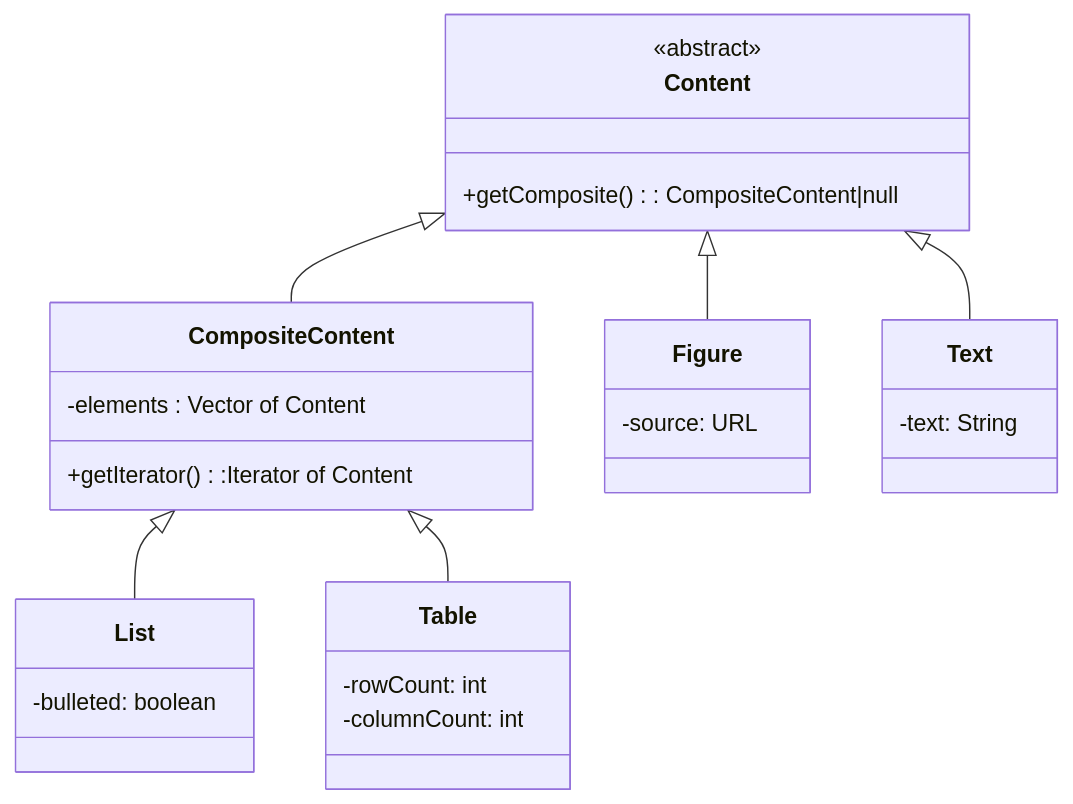
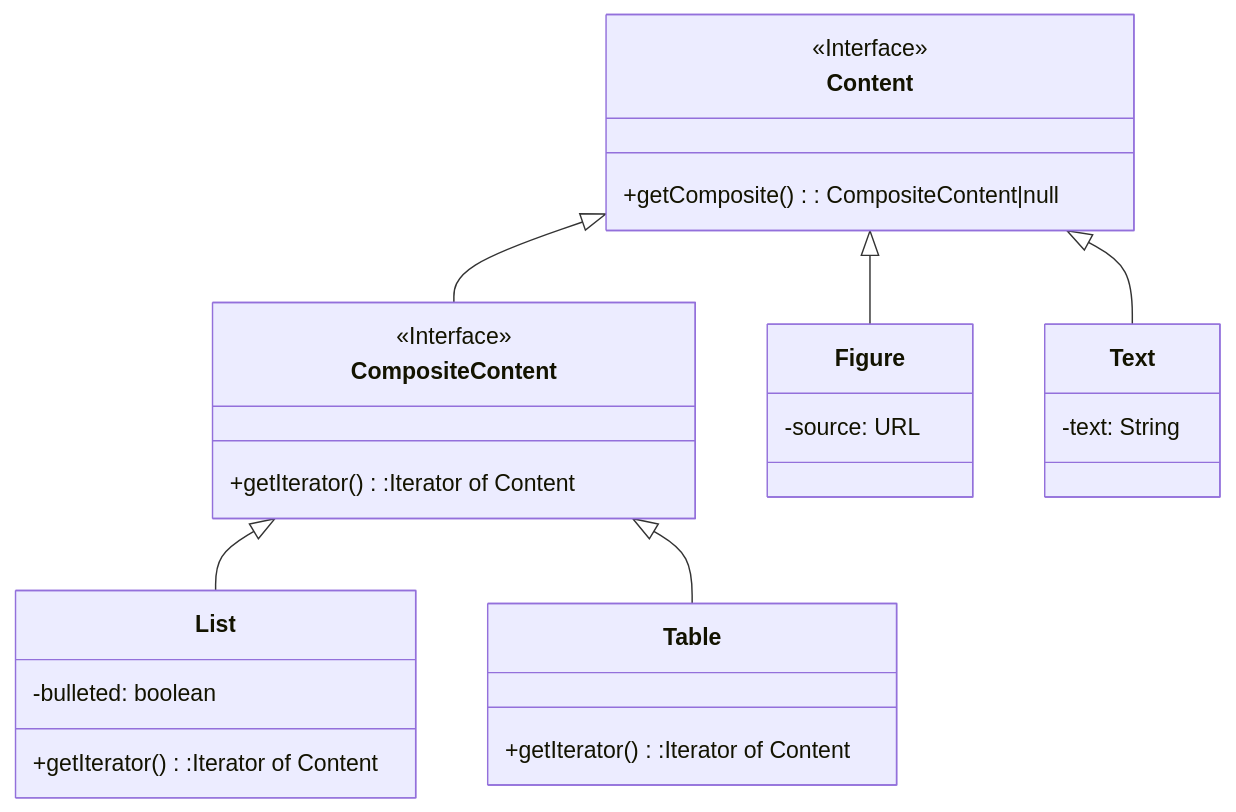
The second of 4 diagrams in domaindesign.md (Borrelhapje/design-for-change), drawn with Mermaid before and after one commit.

Commit message:
Remove rowCount and columnCount from Table in design document. Moved getIterator to classes, because that is not implemented in CompositeContent, and added interface annotations.

````diff
--- a/domaindesign.md
+++ b/domaindesign.md
@@ -119,29 +119,29 @@
 ```mermaid
 classDiagram
 class Content{
-	<<abstract>>
+	<<Interface>>
 	+getComposite(): CompositeContent|null
 }
 class CompositeContent{
-	-elements : Vector of Content
+    <<Interface>>
     +getIterator():Iterator of Content
 }
 class List{
     -bulleted: boolean
+    +getIterator():Iterator of Content
 }
 class Table{
-    -rowCount: int
-    -columnCount: int
+    +getIterator():Iterator of Content
 }
 class Figure{
     -source: URL
 }
 class Text{
     -text: String
 }
 Content <|-- Figure
 Content <|-- Text
 Content <|-- CompositeContent
 CompositeContent <|-- List
 CompositeContent <|-- Table
 ```
````
